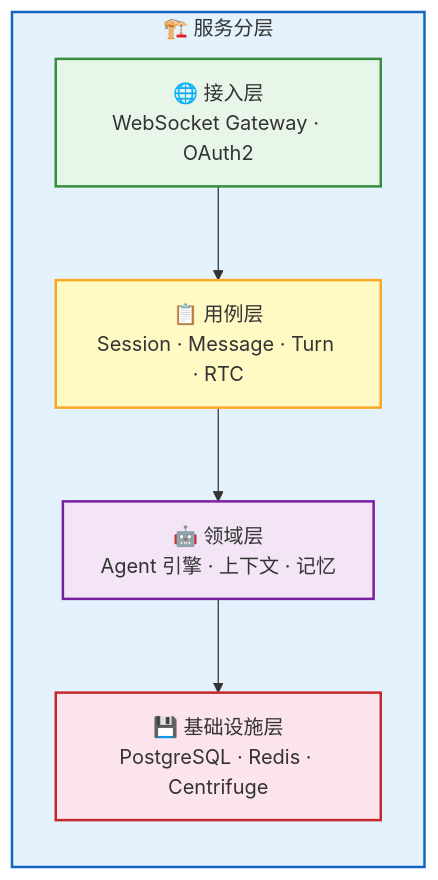
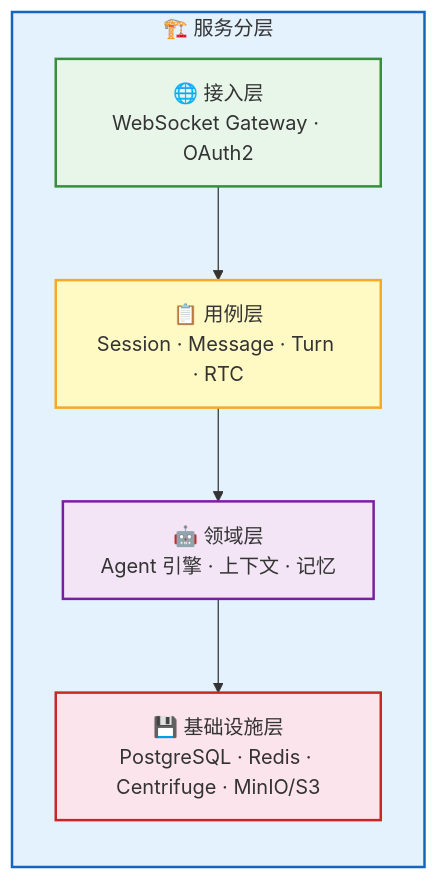
One commit to rtc-agent/docs changed the first of 14 diagrams in src/content/docs/architecture/backend.md. Above: the diagram before and after it, drawn with Mermaid. The commit also changed other lines of this file and 1 other file, not shown here.

First line of the commit message:
docs(architecture): add OSS3 storage layer and multimodal capabilities

````diff
--- a/src/content/docs/architecture/backend.md
+++ b/src/content/docs/architecture/backend.md
@@ -10,18 +10,18 @@
 ```mermaid
 flowchart TD
     subgraph LAYERS["🏗️ 服务分层"]
         direction TB
         L1["🌐 接入层<br/>WebSocket Gateway · OAuth2"]
         L2["📋 用例层<br/>Session · Message · Turn · RTC"]
         L3["🤖 领域层<br/>Agent 引擎 · 上下文 · 记忆"]
-        L4["💾 基础设施层<br/>PostgreSQL · Redis · Centrifuge"]
+        L4["💾 基础设施层<br/>PostgreSQL · Redis · Centrifuge · MinIO/S3"]
     end
 
     L1 --> L2 --> L3 --> L4
 
     style LAYERS fill:#e3f2fd,stroke:#1565c0,stroke-width:2px
     style L1 fill:#e8f5e9,stroke:#388e3c,stroke-width:2px
     style L2 fill:#fff9c4,stroke:#f9a825,stroke-width:2px
     style L3 fill:#f3e5f5,stroke:#7b1fa2,stroke-width:2px
     style L4 fill:#fce4ec,stroke:#c62828,stroke-width:2px
 ```
````
